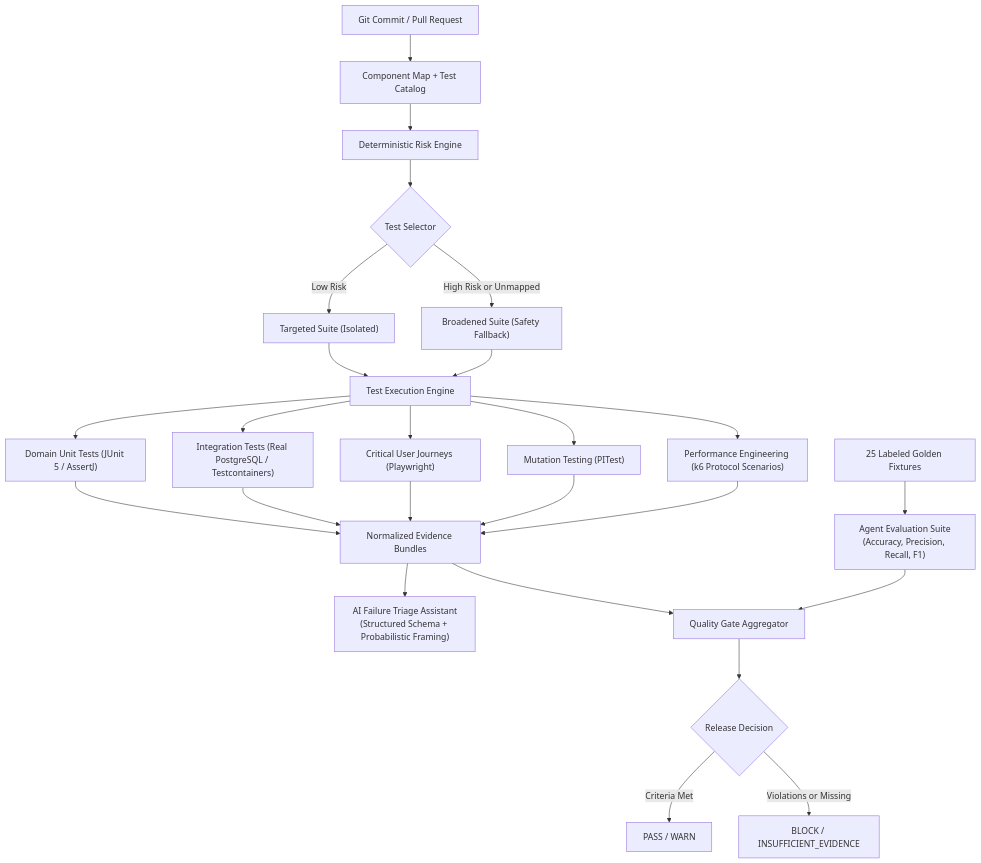
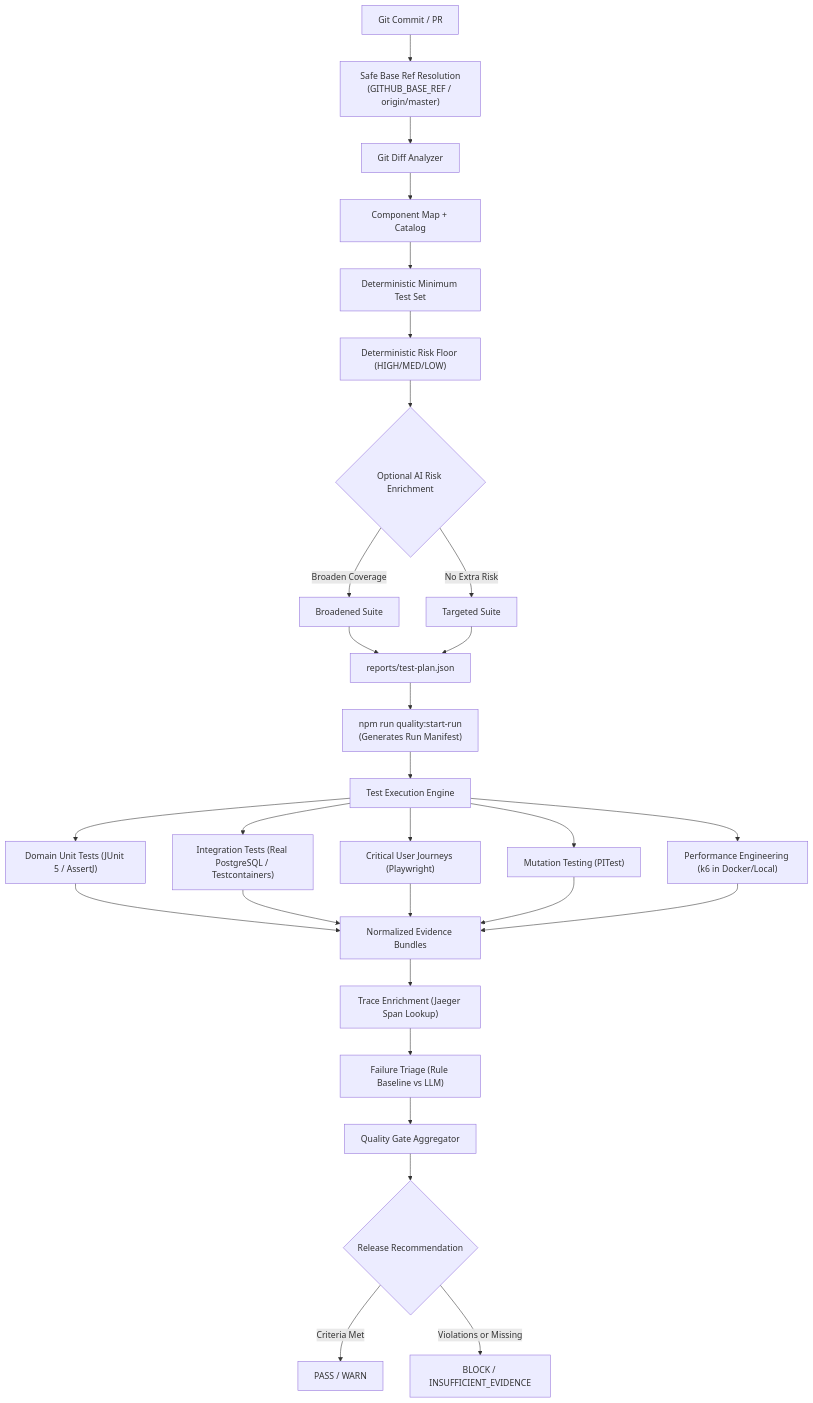
One commit to eyupcanbilgin/SentinelQA changed the second of 2 diagrams in README.md. Above: the diagram before and after it, drawn with Mermaid. The commit also changed other lines of this file and 82 other files, not shown here.

````diff
--- a/README.md
+++ b/README.md
@@ -65,33 +63,38 @@
 ```mermaid
 flowchart TD
-  Commit["Git Commit / Pull Request"] --> Map["Component Map + Test Catalog"]
-  Map --> Risk["Deterministic Risk Engine"]
-  Risk --> Select{"Test Selector"}
-  Select -->|Low Risk| Targeted["Targeted Suite (Isolated)"]
-  Select -->|High Risk or Unmapped| Broader["Broadened Suite (Safety Fallback)"]
+  Commit["Git Commit / PR"] --> BaseRef["Safe Base Ref Resolution<br/>(GITHUB_BASE_REF / origin/master)"]
+  BaseRef --> Diff["Git Diff Analyzer"]
+  Diff --> Map["Component Map + Catalog"]
+  Map --> MinPlan["Deterministic Minimum Test Set"]
+  MinPlan --> RiskFloor["Deterministic Risk Floor (HIGH/MED/LOW)"]
+  
+  RiskFloor --> AIEnrich{"Optional AI Risk Enrichment"}
+  AIEnrich -->|Broaden Coverage| Broadened["Broadened Suite"]
+  AIEnrich -->|No Extra Risk| Targeted["Targeted Suite"]
 
-  Targeted --> Runner["Test Execution Engine"]
-  Broader --> Runner
+  Broadened --> TestPlan["reports/test-plan.json"]
+  Targeted --> TestPlan
+
+  TestPlan --> StartRun["npm run quality:start-run<br/>(Generates Run Manifest)"]
+  StartRun --> Runner["Test Execution Engine"]
 
   Runner --> Unit["Domain Unit Tests (JUnit 5 / AssertJ)"]
   Runner --> IT["Integration Tests (Real PostgreSQL / Testcontainers)"]
   Runner --> E2E["Critical User Journeys (Playwright)"]
   Runner --> PIT["Mutation Testing (PITest)"]
-  Runner --> k6["Performance Engineering (k6 Protocol Scenarios)"]
+  Runner --> k6["Performance Engineering (k6 in Docker/Local)"]
 
   Unit --> Evidence["Normalized Evidence Bundles"]
   IT --> Evidence
   E2E --> Evidence
   PIT --> Evidence
   k6 --> Evidence
 
-  Evidence --> Triage["AI Failure Triage Assistant<br/>(Structured Schema + Probabilistic Framing)"]
-  Golden["25 Labeled Golden Fixtures"] --> Evals["Agent Evaluation Suite<br/>(Accuracy, Precision, Recall, F1)"]
+  Evidence --> Observability["Trace Enrichment (Jaeger Span Lookup)"]
+  Observability --> Triage["Failure Triage (Rule Baseline vs LLM)"]
+  Triage --> Gate["Quality Gate Aggregator"]
 
-  Evidence --> Gate["Quality Gate Aggregator"]
-  Evals --> Gate
-
-  Gate --> Decision{"Release Decision"}
+  Gate --> Decision{"Release Recommendation"}
   Decision -->|Criteria Met| PASS["PASS / WARN"]
   Decision -->|Violations or Missing| BLOCK["BLOCK / INSUFFICIENT_EVIDENCE"]
 ```
````
